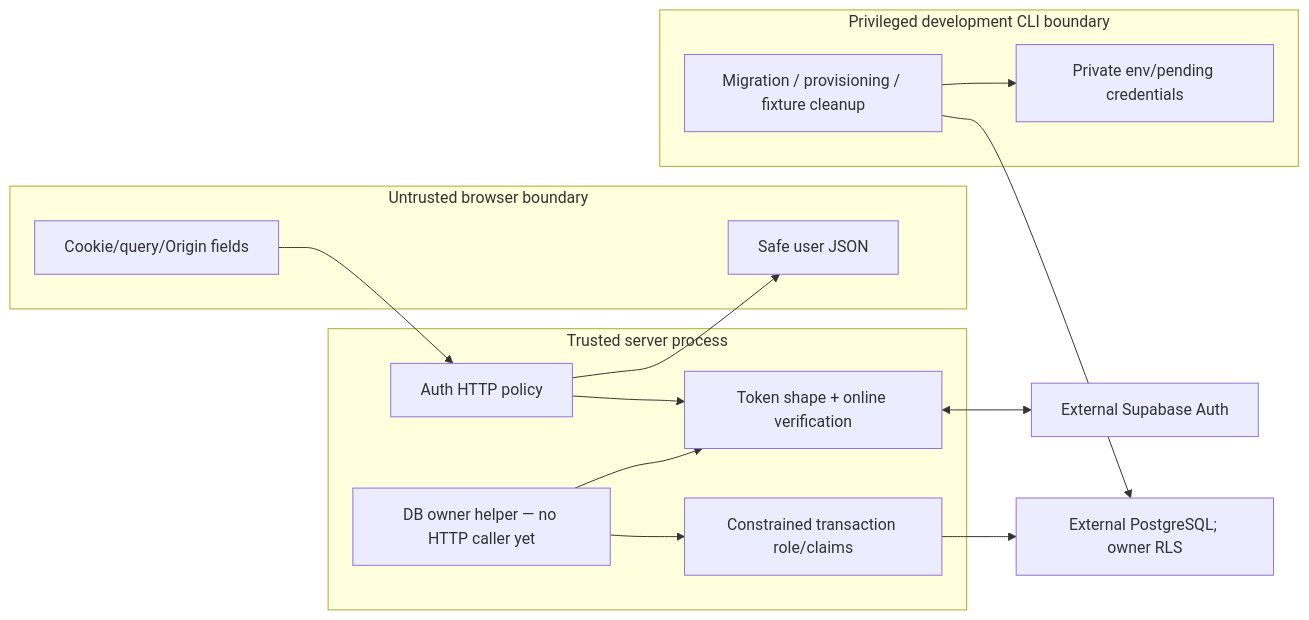
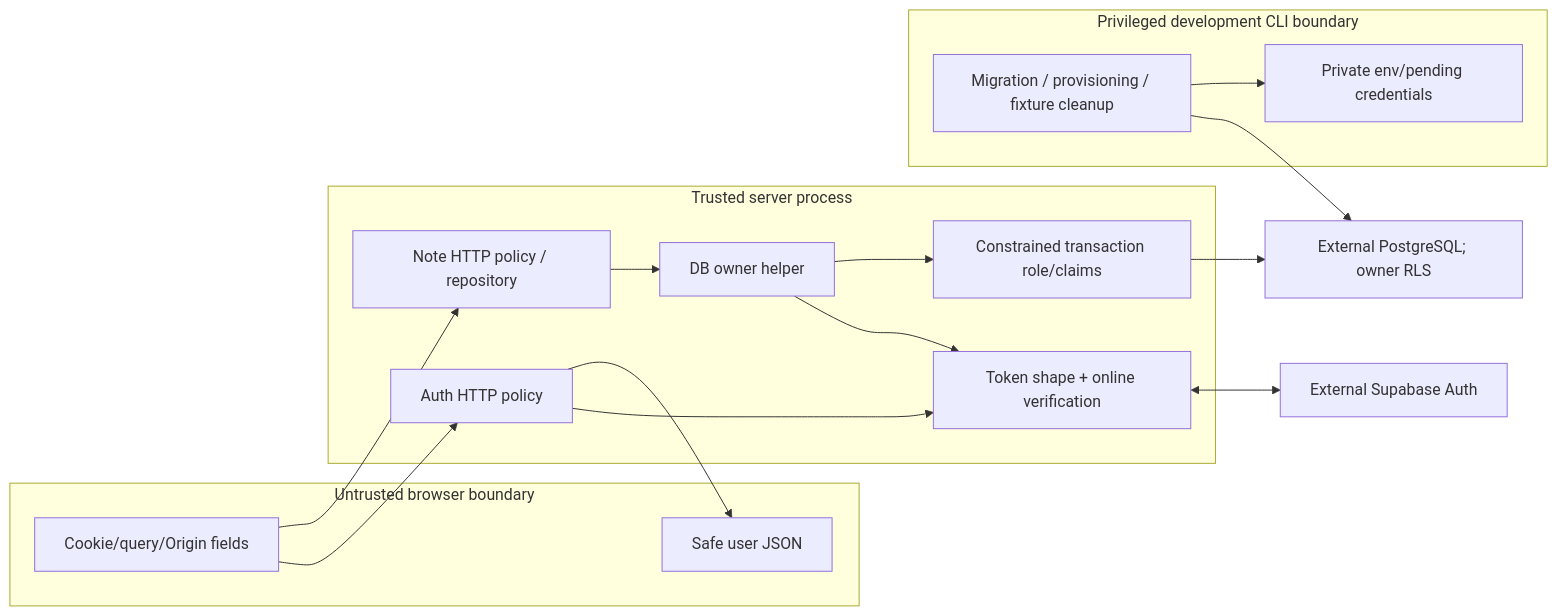
The diagram in docs/architecture/security-architecture.md (yuvrajsatyapal/MindMora), drawn with Mermaid before and after one commit. The commit also changed other lines of this file and 44 other files, not shown here.

````diff
--- a/docs/architecture/security-architecture.md
+++ b/docs/architecture/security-architecture.md
@@ -16,25 +16,27 @@
 ```mermaid
 flowchart LR
   subgraph U["Untrusted browser boundary"]
     Input["Cookie/query/Origin fields"]
     Projection["Safe user JSON"]
   end
   subgraph S["Trusted server process"]
     AuthHTTP["Auth HTTP policy"]
     Verify["Token shape + online verification"]
-    Context["DB owner helper — no HTTP caller yet"]
+    Context["DB owner helper"]
+    NotesHTTP["Note HTTP policy / repository"]
     SQL["Constrained transaction role/claims"]
   end
   subgraph Admin["Privileged development CLI boundary"]
     Setup["Migration / provisioning / fixture cleanup"]
     Secrets["Private env/pending credentials"]
   end
   Input --> AuthHTTP --> Verify
   Verify <--> Provider["External Supabase Auth"]
   AuthHTTP --> Projection
+  Input --> NotesHTTP --> Context
   Context --> Verify
   Context --> SQL
   SQL --> PG["External PostgreSQL; owner RLS"]
   Setup --> PG
   Setup --> Secrets
 ```
````
